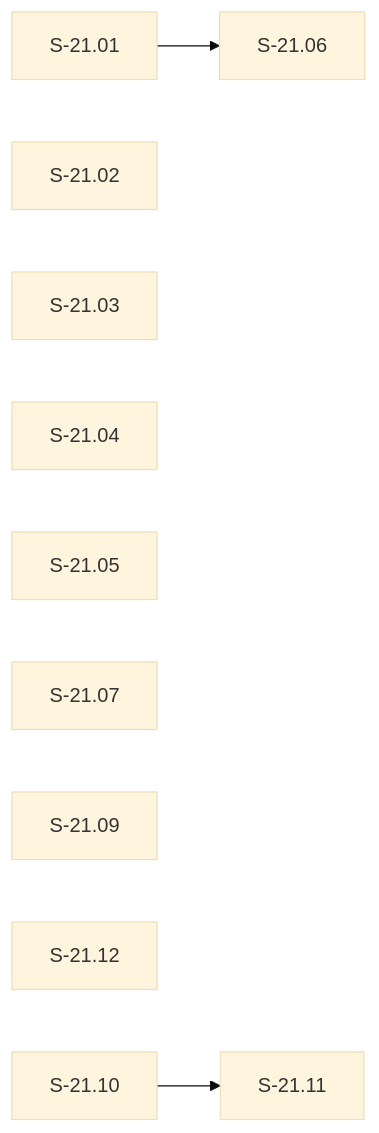
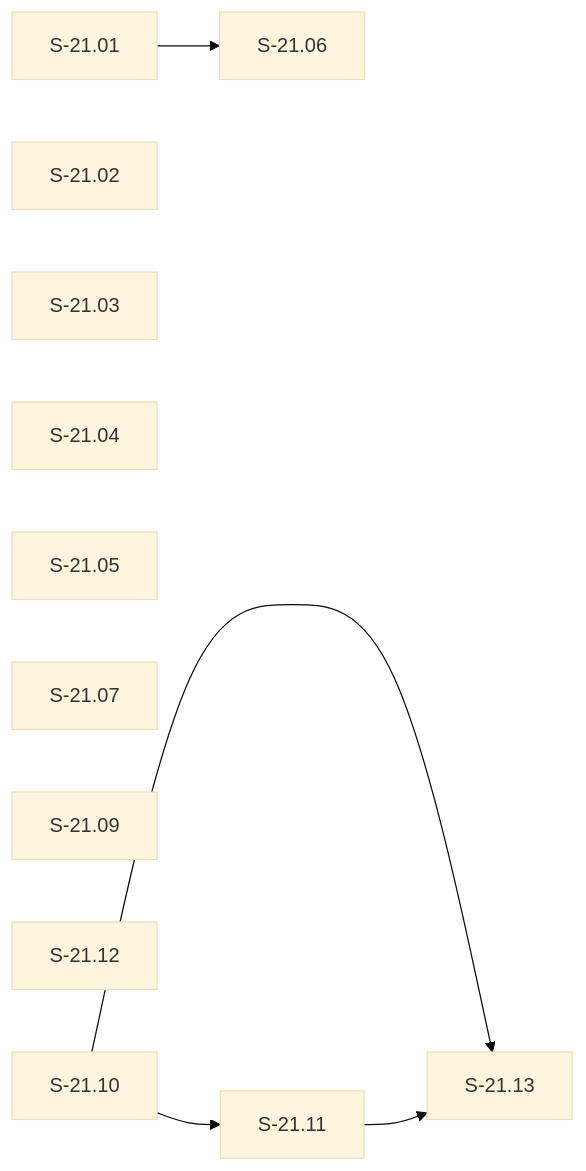
Before and after one commit to drbothen/vsdd-factory: the diagram in stories/epics/E-21-factory-state-data-loss-hardening.md, drawn with Mermaid (base theme). The commit also changed other lines of this file and 19 other files, not shown here.

````diff
--- a/stories/epics/E-21-factory-state-data-loss-hardening.md
+++ b/stories/epics/E-21-factory-state-data-loss-hardening.md
@@ -243,13 +256,15 @@
 ```mermaid
 graph LR
   S-21.01
   S-21.02
   S-21.03
   S-21.04
   S-21.05
   S-21.07
   S-21.09
   S-21.12
   S-21.01 --> S-21.06
   S-21.10 --> S-21.11
+  S-21.10 --> S-21.13
+  S-21.11 --> S-21.13
 ```
````
